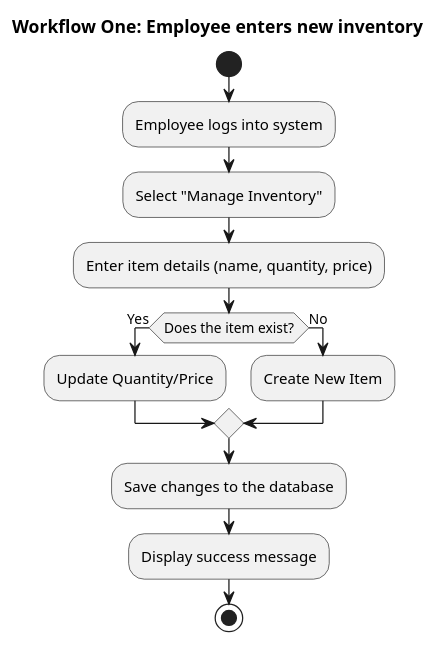
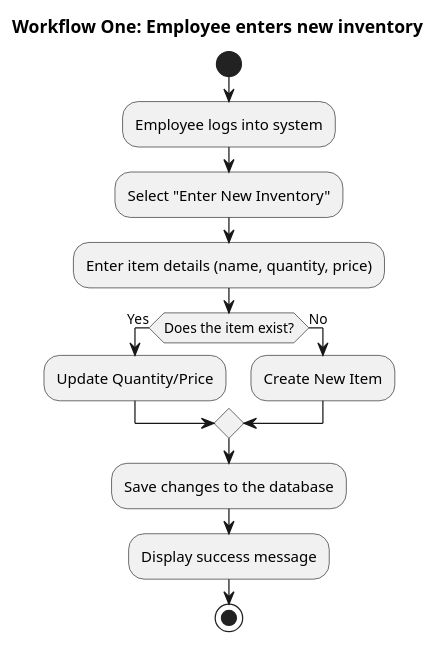
Before and after one commit to JSmith1140/SmithPalmer_DatabasesProblemSetSix: the diagram in Design/WorkflowOne_AD.puml, drawn with PlantUML.

```diff
--- a/Design/WorkflowOne_AD.puml
+++ b/Design/WorkflowOne_AD.puml
@@ -1,22 +1,22 @@
 @startuml Workflow One Activity Diagram
 title Workflow One: Employee enters new inventory
 
 start 
 
 :Employee logs into system;
 
-:Select "Manage Inventory";
+:Select "Enter New Inventory";
 
 :Enter item details (name, quantity, price);
 if(Does the item exist?) then (Yes)
     :Update Quantity/Price;
 else (No)
     :Create New Item;
 endif
 
 :Save changes to the database;
 
 :Display success message;
 
 stop
 @enduml
```
